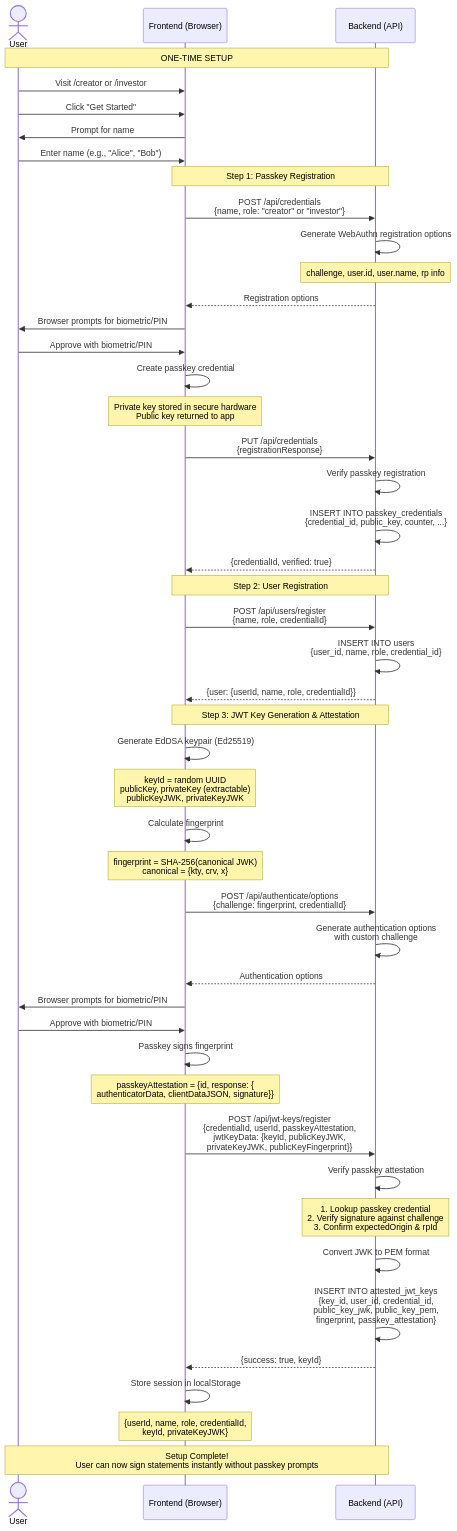
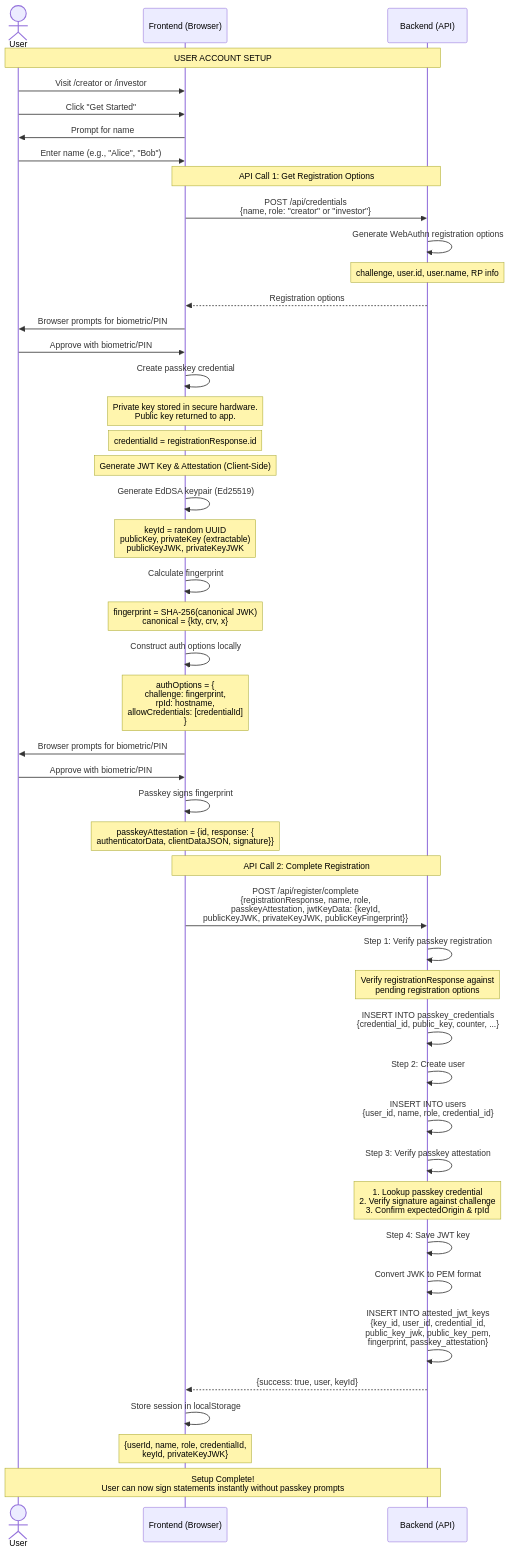
The first of 4 diagrams in docs/SEQUENCE-DIAGRAM.md (nucypher/passkeys-jwt-poc), drawn with Mermaid before and after one commit. The commit also changed other lines of this file and 18 other files, not shown here.

Commit message:
feat: Streamline user registration and JWT key attestation into a single API endpoint and update JWT verification and other documentation.

````diff
--- a/docs/SEQUENCE-DIAGRAM.md
+++ b/docs/SEQUENCE-DIAGRAM.md
@@ -29,62 +29,64 @@
 ```mermaid
 sequenceDiagram
     actor User
     participant Frontend as Frontend (Browser)
     participant Backend as Backend (API)
 
-    Note over User,Backend: ONE-TIME SETUP
+    Note over User,Backend: USER ACCOUNT SETUP
 
     User->>Frontend: Visit /creator or /investor
     User->>Frontend: Click "Get Started"
     Frontend->>User: Prompt for name
     User->>Frontend: Enter name (e.g., "Alice", "Bob")
 
-    Note over Frontend,Backend: Step 1: Passkey Registration
+    Note over Frontend,Backend: API Call 1: Get Registration Options
     Frontend->>Backend: POST /api/credentials<br/>{name, role: "creator" or "investor"}
     Backend->>Backend: Generate WebAuthn registration options
-    Note over Backend: challenge, user.id, user.name, rp info
+    Note over Backend: challenge, user.id, user.name, RP info
     Backend-->>Frontend: Registration options
 
     Frontend->>User: Browser prompts for biometric/PIN
     User->>Frontend: Approve with biometric/PIN
     Frontend->>Frontend: Create passkey credential
-    Note over Frontend: Private key stored in secure hardware<br/>Public key returned to app
+    Note over Frontend: Private key stored in secure hardware.<br/>Public key returned to app.
+    Note over Frontend: credentialId = registrationResponse.id
 
-    Frontend->>Backend: PUT /api/credentials<br/>{registrationResponse}
-    Backend->>Backend: Verify passkey registration
-    Backend->>Backend: INSERT INTO passkey_credentials<br/>{credential_id, public_key, counter, ...}
-    Backend-->>Frontend: {credentialId, verified: true}
-
-    Note over Frontend,Backend: Step 2: User Registration
-    Frontend->>Backend: POST /api/users/register<br/>{name, role, credentialId}
-    Backend->>Backend: INSERT INTO users<br/>{user_id, name, role, credential_id}
-    Backend-->>Frontend: {user: {userId, name, role, credentialId}}
-
-    Note over Frontend,Backend: Step 3: JWT Key Generation & Attestation
+    Note over Frontend: Generate JWT Key & Attestation (Client-Side)
     Frontend->>Frontend: Generate EdDSA keypair (Ed25519)
     Note over Frontend: keyId = random UUID<br/>publicKey, privateKey (extractable)<br/>publicKeyJWK, privateKeyJWK
 
     Frontend->>Frontend: Calculate fingerprint
     Note over Frontend: fingerprint = SHA-256(canonical JWK)<br/>canonical = {kty, crv, x}
 
-    Frontend->>Backend: POST /api/authenticate/options<br/>{challenge: fingerprint, credentialId}
-    Backend->>Backend: Generate authentication options<br/>with custom challenge
-    Backend-->>Frontend: Authentication options
+    Frontend->>Frontend: Construct auth options locally
+    Note over Frontend: authOptions = {<br/>  challenge: fingerprint,<br/>  rpId: hostname,<br/>  allowCredentials: [credentialId]<br/>}
 
     Frontend->>User: Browser prompts for biometric/PIN
     User->>Frontend: Approve with biometric/PIN
     Frontend->>Frontend: Passkey signs fingerprint
     Note over Frontend: passkeyAttestation = {id, response: {<br/>authenticatorData, clientDataJSON, signature}}
 
-    Frontend->>Backend: POST /api/jwt-keys/register<br/>{credentialId, userId, passkeyAttestation,<br/>jwtKeyData: {keyId, publicKeyJWK,<br/>privateKeyJWK, publicKeyFingerprint}}
-    Backend->>Backend: Verify passkey attestation
+    Note over Frontend,Backend: API Call 2: Complete Registration
+    Frontend->>Backend: POST /api/register/complete<br/>{registrationResponse, name, role,<br/>passkeyAttestation, jwtKeyData: {keyId,<br/>publicKeyJWK, privateKeyJWK, publicKeyFingerprint}}
+
+    Backend->>Backend: Step 1: Verify passkey registration
+    Note over Backend: Verify registrationResponse against<br/>pending registration options
+    Backend->>Backend: INSERT INTO passkey_credentials<br/>{credential_id, public_key, counter, ...}
+
+    Backend->>Backend: Step 2: Create user
+    Backend->>Backend: INSERT INTO users<br/>{user_id, name, role, credential_id}
+
+    Backend->>Backend: Step 3: Verify passkey attestation
     Note over Backend: 1. Lookup passkey credential<br/>2. Verify signature against challenge<br/>3. Confirm expectedOrigin & rpId
+
+    Backend->>Backend: Step 4: Save JWT key
     Backend->>Backend: Convert JWK to PEM format
     Backend->>Backend: INSERT INTO attested_jwt_keys<br/>{key_id, user_id, credential_id,<br/>public_key_jwk, public_key_pem,<br/>fingerprint, passkey_attestation}
-    Backend-->>Frontend: {success: true, keyId}
+
+    Backend-->>Frontend: {success: true, user, keyId}
 
     Frontend->>Frontend: Store session in localStorage
     Note over Frontend: {userId, name, role, credentialId,<br/>keyId, privateKeyJWK}
 
     Note over User,Backend: Setup Complete!<br/>User can now sign statements instantly without passkey prompts
 ```
````
